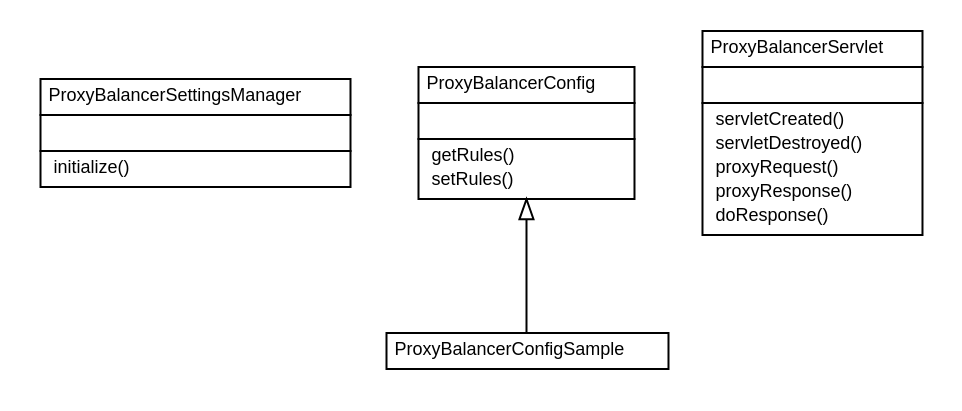
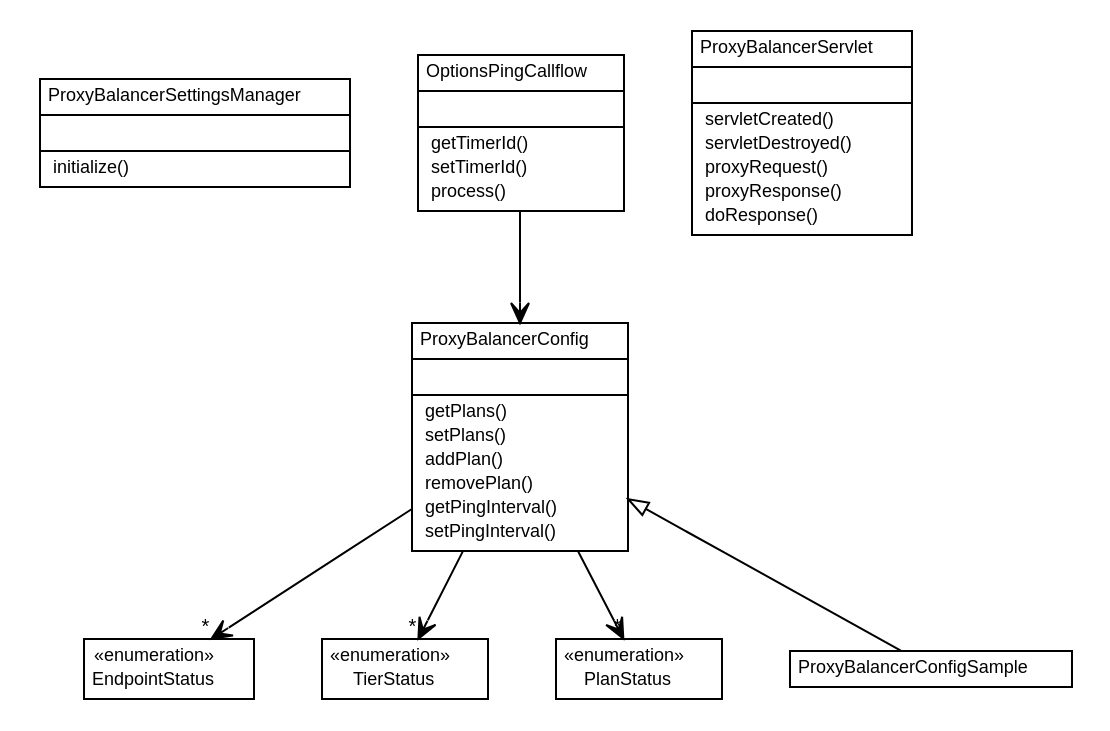
Before and after one commit to vorpalnet/vorpalnet.github.io: the diagram in blade/vorpal-blade-proxy-balancer/org/vorpal/blade/services/proxy/balancer/org.vorpal.blade.services.proxy.balancer.dot, drawn with Graphviz. The commit also changed 2723 other files, not shown here.

```diff
--- a/blade/vorpal-blade-proxy-balancer/org/vorpal/blade/services/proxy/balancer/org.vorpal.blade.services.proxy.balancer.dot
+++ b/blade/vorpal-blade-proxy-balancer/org/vorpal/blade/services/proxy/balancer/org.vorpal.blade.services.proxy.balancer.dot
@@ -1,61 +1,108 @@
 #!/usr/local/bin/dot
 #
 # Class diagram 
 # Generated by UMLGraph version 5.2 (http://www.umlgraph.org/)
 #
 
 digraph G {
 	edge [fontname="Helvetica",fontsize=10,labelfontname="Helvetica",labelfontsize=10];
 	node [fontname="Helvetica",fontsize=10,shape=plaintext];
 	nodesep=0.25;
 	ranksep=0.5;
 	// org.vorpal.blade.services.proxy.balancer.ProxyBalancerSettingsManager
 	c0 [label=<<table title="org.vorpal.blade.services.proxy.balancer.ProxyBalancerSettingsManager" border="0" cellborder="1" cellspacing="0" cellpadding="2" port="p" href="./ProxyBalancerSettingsManager.html">
 		<tr><td><table border="0" cellspacing="0" cellpadding="1">
 <tr><td align="center" balign="center"> ProxyBalancerSettingsManager </td></tr>
 		</table></td></tr>
 		<tr><td><table border="0" cellspacing="0" cellpadding="1">
 <tr><td align="left" balign="left">  </td></tr>
 		</table></td></tr>
 		<tr><td><table border="0" cellspacing="0" cellpadding="1">
 <tr><td align="left" balign="left">  initialize() </td></tr>
 		</table></td></tr>
 		</table>>, fontname="Helvetica", fontcolor="black", fontsize=9.0];
 	// org.vorpal.blade.services.proxy.balancer.ProxyBalancerConfig
 	c1 [label=<<table title="org.vorpal.blade.services.proxy.balancer.ProxyBalancerConfig" border="0" cellborder="1" cellspacing="0" cellpadding="2" port="p" href="./ProxyBalancerConfig.html">
 		<tr><td><table border="0" cellspacing="0" cellpadding="1">
 <tr><td align="center" balign="center"> ProxyBalancerConfig </td></tr>
 		</table></td></tr>
 		<tr><td><table border="0" cellspacing="0" cellpadding="1">
 <tr><td align="left" balign="left">  </td></tr>
 		</table></td></tr>
 		<tr><td><table border="0" cellspacing="0" cellpadding="1">
-<tr><td align="left" balign="left">  getRules() </td></tr>
-<tr><td align="left" balign="left">  setRules() </td></tr>
+<tr><td align="left" balign="left">  getPlans() </td></tr>
+<tr><td align="left" balign="left">  setPlans() </td></tr>
+<tr><td align="left" balign="left">  addPlan() </td></tr>
+<tr><td align="left" balign="left">  removePlan() </td></tr>
+<tr><td align="left" balign="left">  getPingInterval() </td></tr>
+<tr><td align="left" balign="left">  setPingInterval() </td></tr>
+		</table></td></tr>
+		</table>>, fontname="Helvetica", fontcolor="black", fontsize=9.0];
+	// org.vorpal.blade.services.proxy.balancer.ProxyBalancerConfig.EndpointStatus
+	c2 [label=<<table title="org.vorpal.blade.services.proxy.balancer.ProxyBalancerConfig.EndpointStatus" border="0" cellborder="1" cellspacing="0" cellpadding="2" port="p" href="./ProxyBalancerConfig.EndpointStatus.html">
+		<tr><td><table border="0" cellspacing="0" cellpadding="1">
+<tr><td align="center" balign="center"> &#171;enumeration&#187; </td></tr>
+<tr><td align="center" balign="center"> EndpointStatus </td></tr>
+		</table></td></tr>
+		</table>>, fontname="Helvetica", fontcolor="black", fontsize=9.0];
+	// org.vorpal.blade.services.proxy.balancer.ProxyBalancerConfig.TierStatus
+	c3 [label=<<table title="org.vorpal.blade.services.proxy.balancer.ProxyBalancerConfig.TierStatus" border="0" cellborder="1" cellspacing="0" cellpadding="2" port="p" href="./ProxyBalancerConfig.TierStatus.html">
+		<tr><td><table border="0" cellspacing="0" cellpadding="1">
+<tr><td align="center" balign="center"> &#171;enumeration&#187; </td></tr>
+<tr><td align="center" balign="center"> TierStatus </td></tr>
+		</table></td></tr>
+		</table>>, fontname="Helvetica", fontcolor="black", fontsize=9.0];
+	// org.vorpal.blade.services.proxy.balancer.ProxyBalancerConfig.PlanStatus
+	c4 [label=<<table title="org.vorpal.blade.services.proxy.balancer.ProxyBalancerConfig.PlanStatus" border="0" cellborder="1" cellspacing="0" cellpadding="2" port="p" href="./ProxyBalancerConfig.PlanStatus.html">
+		<tr><td><table border="0" cellspacing="0" cellpadding="1">
+<tr><td align="center" balign="center"> &#171;enumeration&#187; </td></tr>
+<tr><td align="center" balign="center"> PlanStatus </td></tr>
+		</table></td></tr>
+		</table>>, fontname="Helvetica", fontcolor="black", fontsize=9.0];
+	// org.vorpal.blade.services.proxy.balancer.OptionsPingCallflow
+	c5 [label=<<table title="org.vorpal.blade.services.proxy.balancer.OptionsPingCallflow" border="0" cellborder="1" cellspacing="0" cellpadding="2" port="p" href="./OptionsPingCallflow.html">
+		<tr><td><table border="0" cellspacing="0" cellpadding="1">
+<tr><td align="center" balign="center"> OptionsPingCallflow </td></tr>
+		</table></td></tr>
+		<tr><td><table border="0" cellspacing="0" cellpadding="1">
+<tr><td align="left" balign="left">  </td></tr>
+		</table></td></tr>
+		<tr><td><table border="0" cellspacing="0" cellpadding="1">
+<tr><td align="left" balign="left">  getTimerId() </td></tr>
+<tr><td align="left" balign="left">  setTimerId() </td></tr>
+<tr><td align="left" balign="left">  process() </td></tr>
 		</table></td></tr>
 		</table>>, fontname="Helvetica", fontcolor="black", fontsize=9.0];
 	// org.vorpal.blade.services.proxy.balancer.ProxyBalancerConfigSample
-	c2 [label=<<table title="org.vorpal.blade.services.proxy.balancer.ProxyBalancerConfigSample" border="0" cellborder="1" cellspacing="0" cellpadding="2" port="p" href="./ProxyBalancerConfigSample.html">
+	c6 [label=<<table title="org.vorpal.blade.services.proxy.balancer.ProxyBalancerConfigSample" border="0" cellborder="1" cellspacing="0" cellpadding="2" port="p" href="./ProxyBalancerConfigSample.html">
 		<tr><td><table border="0" cellspacing="0" cellpadding="1">
 <tr><td align="center" balign="center"> ProxyBalancerConfigSample </td></tr>
 		</table></td></tr>
 		</table>>, fontname="Helvetica", fontcolor="black", fontsize=9.0];
 	// org.vorpal.blade.services.proxy.balancer.ProxyBalancerServlet
-	c3 [label=<<table title="org.vorpal.blade.services.proxy.balancer.ProxyBalancerServlet" border="0" cellborder="1" cellspacing="0" cellpadding="2" port="p" href="./ProxyBalancerServlet.html">
+	c7 [label=<<table title="org.vorpal.blade.services.proxy.balancer.ProxyBalancerServlet" border="0" cellborder="1" cellspacing="0" cellpadding="2" port="p" href="./ProxyBalancerServlet.html">
 		<tr><td><table border="0" cellspacing="0" cellpadding="1">
 <tr><td align="center" balign="center"> ProxyBalancerServlet </td></tr>
 		</table></td></tr>
 		<tr><td><table border="0" cellspacing="0" cellpadding="1">
 <tr><td align="left" balign="left">  </td></tr>
 		</table></td></tr>
 		<tr><td><table border="0" cellspacing="0" cellpadding="1">
 <tr><td align="left" balign="left">  servletCreated() </td></tr>
 <tr><td align="left" balign="left">  servletDestroyed() </td></tr>
 <tr><td align="left" balign="left">  proxyRequest() </td></tr>
 <tr><td align="left" balign="left">  proxyResponse() </td></tr>
 <tr><td align="left" balign="left">  doResponse() </td></tr>
 		</table></td></tr>
 		</table>>, fontname="Helvetica", fontcolor="black", fontsize=9.0];
 	//org.vorpal.blade.services.proxy.balancer.ProxyBalancerConfigSample extends org.vorpal.blade.services.proxy.balancer.ProxyBalancerConfig
-	c1:p -> c2:p [dir=back,arrowtail=empty];
+	c1:p -> c6:p [dir=back,arrowtail=empty];
+	// org.vorpal.blade.services.proxy.balancer.ProxyBalancerConfig NAVASSOC org.vorpal.blade.services.proxy.balancer.ProxyBalancerConfig.EndpointStatus
+	c1:p -> c2:p [taillabel="", label="", headlabel="*", fontname="Helvetica", fontcolor="black", fontsize=10.0, color="black", arrowhead=open];
+	// org.vorpal.blade.services.proxy.balancer.ProxyBalancerConfig NAVASSOC org.vorpal.blade.services.proxy.balancer.ProxyBalancerConfig.TierStatus
+	c1:p -> c3:p [taillabel="", label="", headlabel="*", fontname="Helvetica", fontcolor="black", fontsize=10.0, color="black", arrowhead=open];
+	// org.vorpal.blade.services.proxy.balancer.ProxyBalancerConfig NAVASSOC org.vorpal.blade.services.proxy.balancer.ProxyBalancerConfig.PlanStatus
+	c1:p -> c4:p [taillabel="", label="", headlabel="*", fontname="Helvetica", fontcolor="black", fontsize=10.0, color="black", arrowhead=open];
+	// org.vorpal.blade.services.proxy.balancer.OptionsPingCallflow NAVASSOC org.vorpal.blade.services.proxy.balancer.ProxyBalancerConfig
+	c5:p -> c1:p [taillabel="", label="", headlabel="", fontname="Helvetica", fontcolor="black", fontsize=10.0, color="black", arrowhead=open];
 }
```
